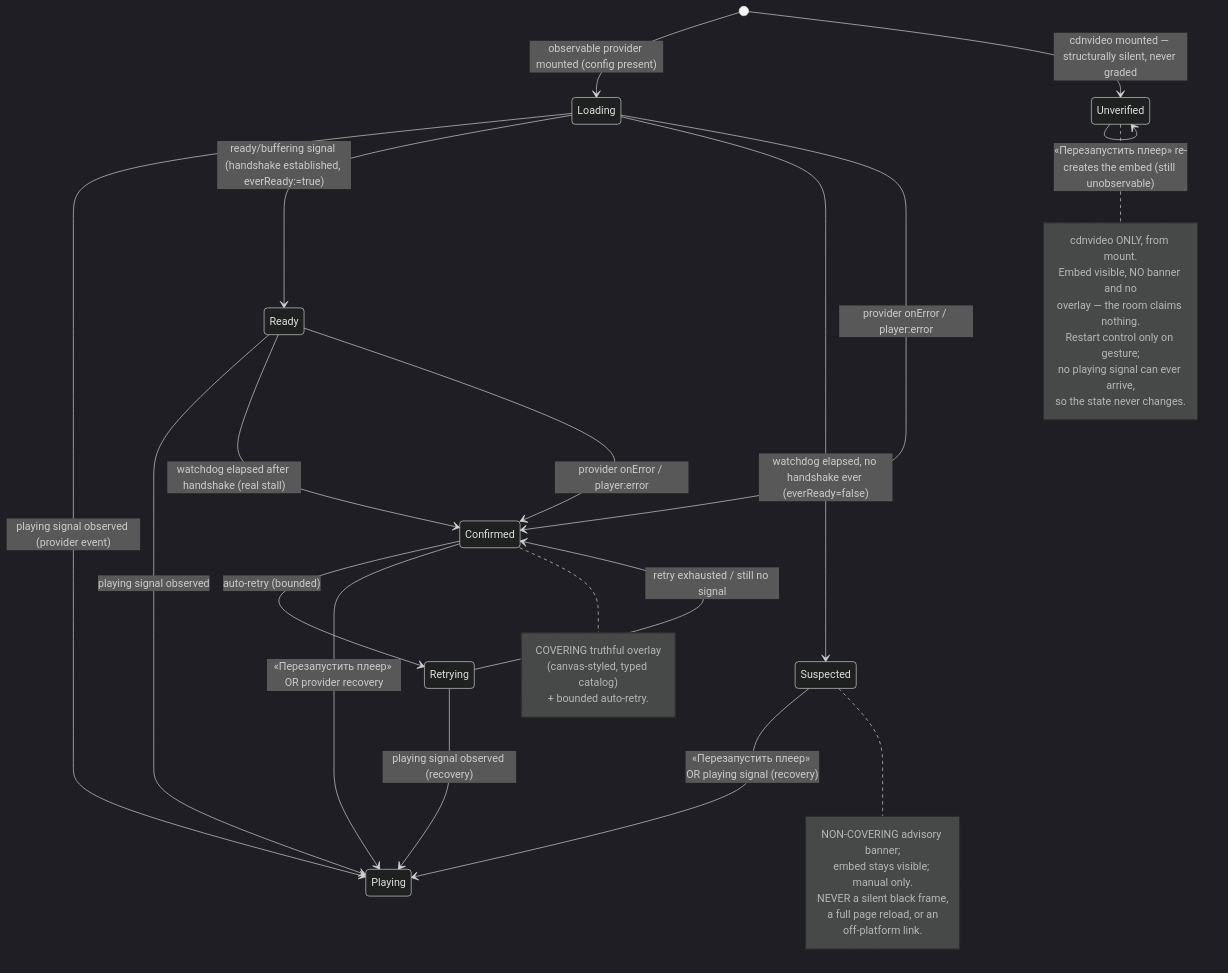
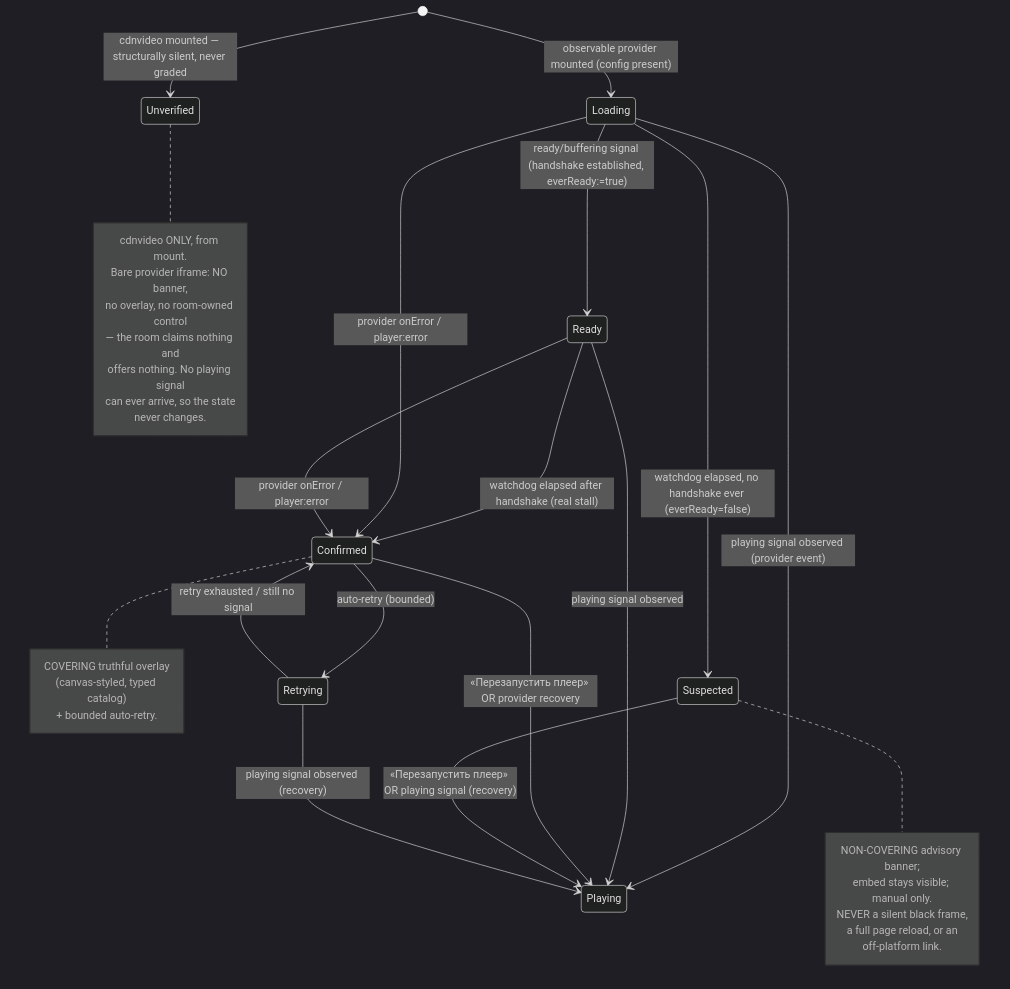
Before and after one commit to doctor-school/ds-platform: the fourth of 9 diagrams in apps/docs/content/specs/features/006-webinar-room/006-design.md, drawn with Mermaid (dark theme). The commit also changed other lines of this file and 5 other files, not shown here.

````diff
--- a/apps/docs/content/specs/features/006-webinar-room/006-design.md
+++ b/apps/docs/content/specs/features/006-webinar-room/006-design.md
@@ -118,38 +118,39 @@
 ```mermaid
 stateDiagram-v2
   [*] --> Loading: observable provider mounted (config present)
   [*] --> Unverified: cdnvideo mounted — structurally silent, never graded
   Loading --> Playing: playing signal observed (provider event)
   Loading --> Ready: ready/buffering signal (handshake established, everReady:=true)
   Ready --> Playing: playing signal observed
   Loading --> Suspected: watchdog elapsed, no handshake ever (everReady=false)
-  Unverified --> Unverified: «Перезапустить плеер» re-creates the embed (still unobservable)
+
   Ready --> Confirmed: watchdog elapsed after handshake (real stall)
   Loading --> Confirmed: provider onError / player:error
   Ready --> Confirmed: provider onError / player:error
   Confirmed --> Retrying: auto-retry (bounded)
   Confirmed --> Playing: «Перезапустить плеер» OR provider recovery
   Suspected --> Playing: «Перезапустить плеер» OR playing signal (recovery)
   Retrying --> Playing: playing signal observed (recovery)
   Retrying --> Confirmed: retry exhausted / still no signal
   note right of Confirmed
     COVERING truthful overlay
     (canvas-styled, typed catalog)
     + bounded auto-retry.
   end note
   note right of Unverified
     cdnvideo ONLY, from mount.
-    Embed visible, NO banner and no
-    overlay — the room claims nothing.
-    Restart control only on gesture;
-    no playing signal can ever arrive,
-    so the state never changes.
+    Bare provider iframe: NO banner,
+    no overlay, no room-owned control
+    — the room claims nothing and
+    offers nothing. No playing signal
+    can ever arrive, so the state
+    never changes.
   end note
   note right of Suspected
     NON-COVERING advisory banner;
     embed stays visible; manual only.
     NEVER a silent black frame,
     a full page reload, or an
     off-platform link.
   end note
 ```
````
